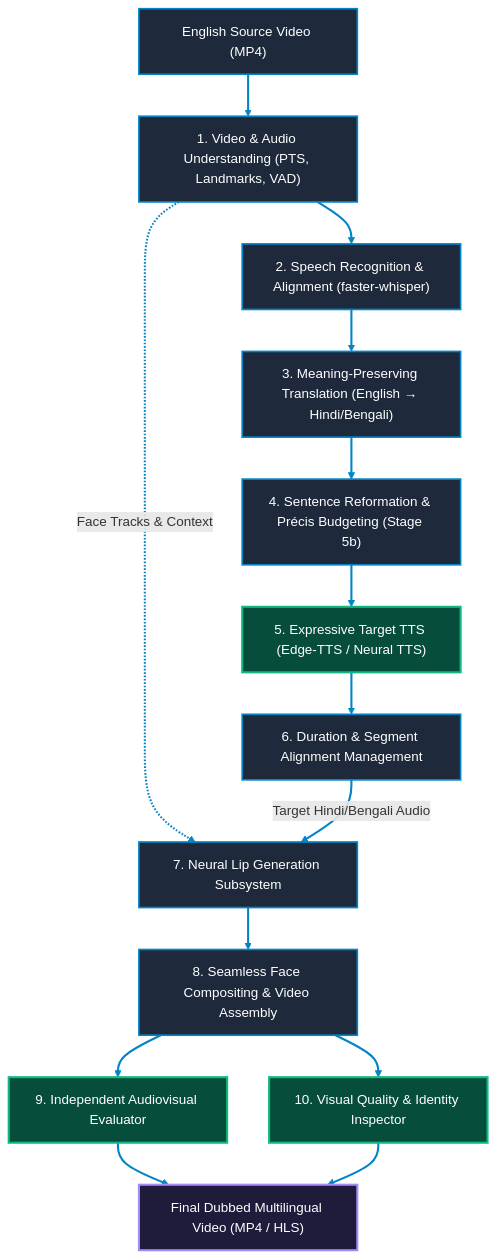
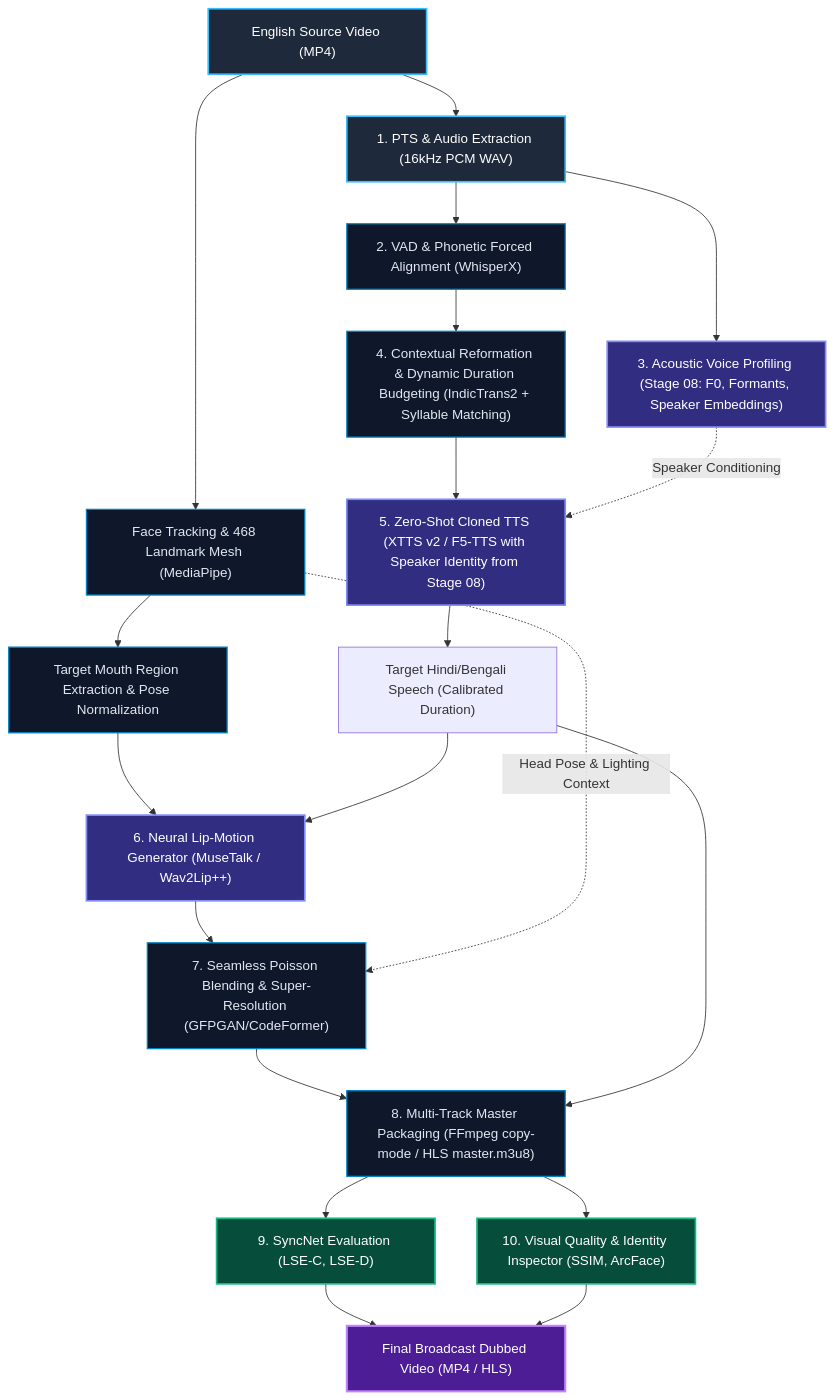
One commit to Babin123456/Nativox changed the diagram in Dubbing/ROADMAP.md. Above: the diagram before and after it, drawn with Mermaid. The commit also changed other lines of this file and 98 other files, not shown here.

Commit message:
Enhance multilingual dubbing pipeline documentation and integrate lipsync babin zero api module

````diff
--- a/Dubbing/ROADMAP.md
+++ b/Dubbing/ROADMAP.md
@@ -41,27 +52,51 @@
 ```mermaid
-graph TD
-    SRC["English Source Video (MP4)"] --> PROBE["1. Video & Audio Understanding (PTS, Landmarks, VAD)"]
-    PROBE --> ASR["2. Speech Recognition & Alignment (faster-whisper)"]
-    ASR --> TRANS["3. Meaning-Preserving Translation (English → Hindi/Bengali)"]
-    TRANS --> REFORM["4. Sentence Reformation & Précis Budgeting (Stage 5b)"]
-    REFORM --> TTS["5. Expressive Target TTS (Edge-TTS / Neural TTS)"]
-    TTS --> ALIGN["6. Duration & Segment Alignment Management"]
+flowchart TD
+    %% Source
+    SRC["English Source Video (MP4)"] --> PTS["1. PTS & Audio Extraction (16kHz PCM WAV)"]
     
-    PROBE -.->|Face Tracks & Context| NEURAL["7. Neural Lip Generation Subsystem"]
-    ALIGN -->|Target Hindi/Bengali Audio| NEURAL
+    %% Video Track
+    SRC --> FACE["Face Tracking & 468 Landmark Mesh (MediaPipe)"]
+    FACE --> CROP["Target Mouth Region Extraction & Pose Normalization"]
     
-    NEURAL --> COMP["8. Seamless Face Compositing & Video Assembly"]
-    COMP --> EVAL_SYNC["9. Independent Audiovisual Evaluator"]
-    COMP --> EVAL_VIS["10. Visual Quality & Identity Inspector"]
-    EVAL_SYNC --> OUT["Final Dubbed Multilingual Video (MP4 / HLS)"]
+    %% Audio Track
+    PTS --> VAD["2. VAD & Phonetic Forced Alignment (WhisperX)"]
+    PTS --> PROF["3. Acoustic Voice Profiling (Stage 08: F0, Formants, Speaker Embeddings)"]
+    
+    %% Translation & Language Track
+    VAD --> REFORM["4. Contextual Reformation & Dynamic Duration Budgeting (IndicTrans2 + Syllable Matching)"]
+    REFORM --> CLONE_TTS["5. Zero-Shot Cloned TTS (XTTS v2 / F5-TTS with Speaker Identity from Stage 08)"]
+    PROF -.->|Speaker Conditioning| CLONE_TTS
+    
+    %% Target Audio Output
+    CLONE_TTS --> TGT_AUDIO["Target Hindi/Bengali Speech (Calibrated Duration)"]
+    
+    %% Neural Lip Generation
+    CROP --> NEURAL["6. Neural Lip-Motion Generator (MuseTalk / Wav2Lip++)"]
+    TGT_AUDIO --> NEURAL
+    
+    %% Post Processing & Blending
+    NEURAL --> BLEND["7. Seamless Poisson Blending & Super-Resolution (GFPGAN/CodeFormer)"]
+    FACE -.->|Head Pose & Lighting Context| BLEND
+    BLEND --> REMUX["8. Multi-Track Master Packaging (FFmpeg copy-mode / HLS master.m3u8)"]
+    TGT_AUDIO --> REMUX
+    
+    %% Evaluation
+    REMUX --> EVAL_SYNC["9. SyncNet Evaluation (LSE-C, LSE-D)"]
+    REMUX --> EVAL_VIS["10. Visual Quality & Identity Inspector (SSIM, ArcFace)"]
+    
+    EVAL_SYNC --> OUT["Final Broadcast Dubbed Video (MP4 / HLS)"]
     EVAL_VIS --> OUT
 
-    linkStyle default stroke:#0284C7,stroke-width:2.5px;
-    classDef stageNode fill:#1E293B,stroke:#0284C7,stroke-width:2px,color:#FFFFFF;
-    classDef doneNode fill:#064E3B,stroke:#10B981,stroke-width:2.5px,color:#FFFFFF;
-    classDef finalNode fill:#1E1B3B,stroke:#A78BFA,stroke-width:2.5px,color:#FFFFFF;
+    %% Styling
+    classDef inputNode fill:#1E293B,stroke:#38BDF8,stroke-width:2px,color:#FFFFFF;
+    classDef procNode fill:#0F172A,stroke:#0284C7,stroke-width:1.5px,color:#E2E8F0;
+    classDef aiNode fill:#312E81,stroke:#818CF8,stroke-width:2px,color:#FFFFFF;
+    classDef evalNode fill:#064E3B,stroke:#10B981,stroke-width:2px,color:#FFFFFF;
+    classDef outNode fill:#4C1D95,stroke:#C084FC,stroke-width:2.5px,color:#FFFFFF;
 
-    class SRC,PROBE,ASR,TRANS,REFORM,ALIGN,NEURAL,COMP stageNode;
-    class TTS,EVAL_SYNC,EVAL_VIS doneNode;
-    class OUT finalNode;
+    class SRC,PTS inputNode;
+    class FACE,CROP,VAD,REFORM,BLEND,REMUX procNode;
+    class PROF,CLONE_TTS,NEURAL aiNode;
+    class EVAL_SYNC,EVAL_VIS evalNode;
+    class OUT outNode;
 ```
````
